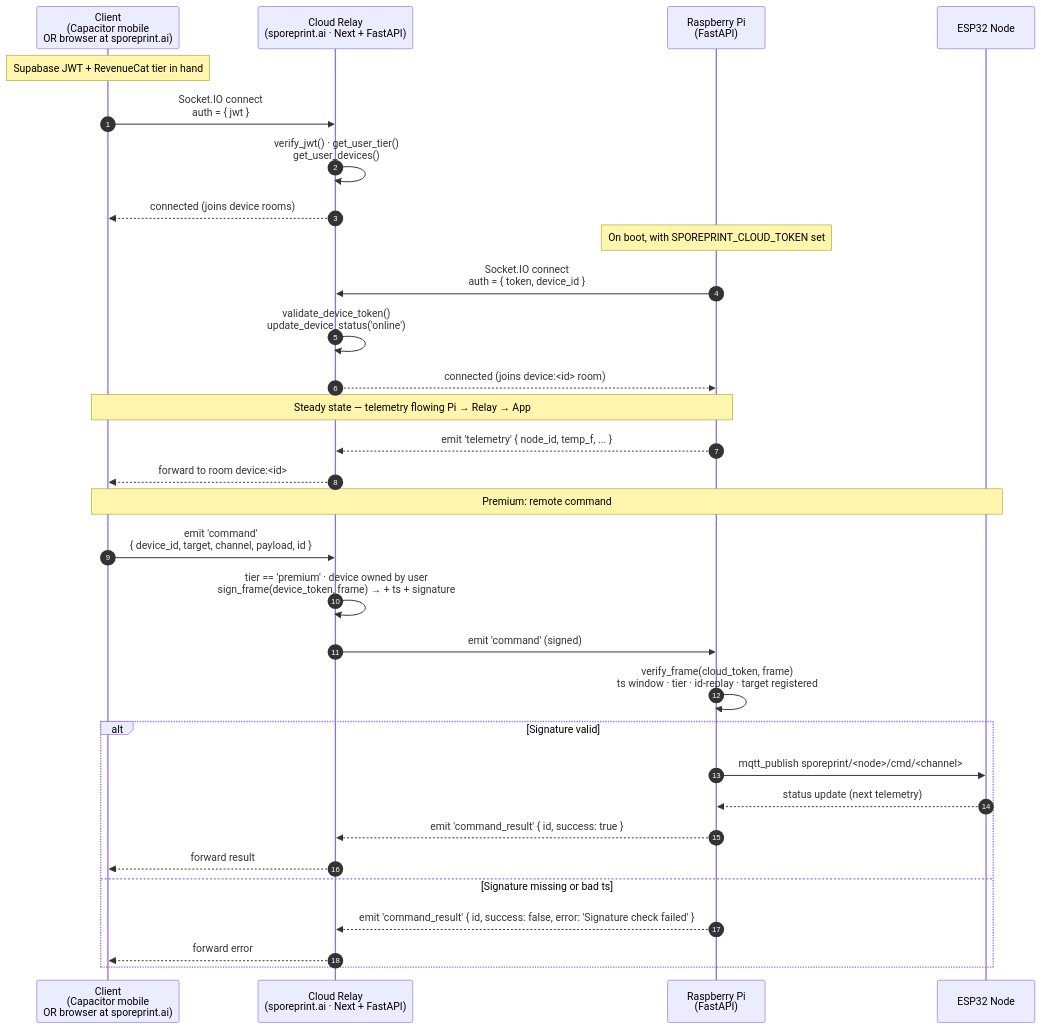
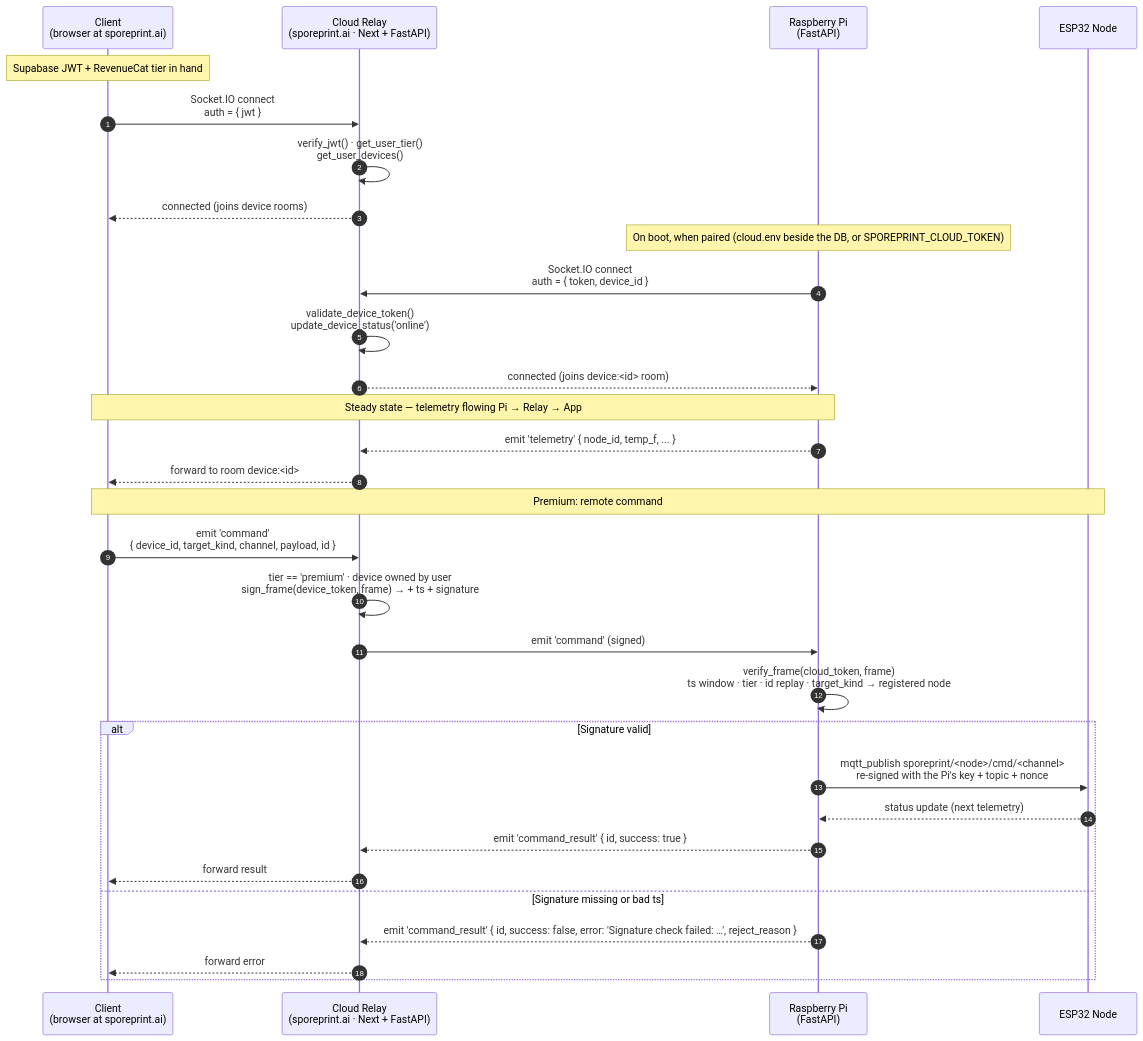
The diagram in docs/cloud-relay-flow.md (59psi/SporePrint), drawn with Mermaid before and after one commit. The commit also changed other lines of this file and 394 other files, not shown here.

````diff
--- a/docs/cloud-relay-flow.md
+++ b/docs/cloud-relay-flow.md
@@ -9,38 +9,38 @@
 ```mermaid
 sequenceDiagram
     autonumber
-    participant App as Client<br/>(Capacitor mobile<br/>OR browser at sporeprint.ai)
+    participant App as Client<br/>(browser at sporeprint.ai)
     participant Relay as Cloud Relay<br/>(sporeprint.ai · Next + FastAPI)
     participant Pi as Raspberry Pi<br/>(FastAPI)
     participant ESP as ESP32 Node
 
     Note over App: Supabase JWT + RevenueCat tier in hand
     App->>Relay: Socket.IO connect<br/>auth = { jwt }
     Relay->>Relay: verify_jwt() · get_user_tier()<br/>get_user_devices()
     Relay-->>App: connected (joins device rooms)
 
-    Note over Pi: On boot, with SPOREPRINT_CLOUD_TOKEN set
+    Note over Pi: On boot, when paired (cloud.env beside the DB, or SPOREPRINT_CLOUD_TOKEN)
     Pi->>Relay: Socket.IO connect<br/>auth = { token, device_id }
     Relay->>Relay: validate_device_token()<br/>update_device_status('online')
     Relay-->>Pi: connected (joins device:<id> room)
 
     Note over App,Pi: Steady state — telemetry flowing Pi → Relay → App
     Pi-->>Relay: emit 'telemetry' { node_id, temp_f, ... }
     Relay-->>App: forward to room device:<id>
 
     Note over App,ESP: Premium: remote command
-    App->>Relay: emit 'command'<br/>{ device_id, target, channel, payload, id }
+    App->>Relay: emit 'command'<br/>{ device_id, target_kind, channel, payload, id }
     Relay->>Relay: tier == 'premium' · device owned by user<br/>sign_frame(device_token, frame) → + ts + signature
     Relay->>Pi: emit 'command' (signed)
 
-    Pi->>Pi: verify_frame(cloud_token, frame)<br/>ts window · tier · id-replay · target registered
+    Pi->>Pi: verify_frame(cloud_token, frame)<br/>ts window · tier · id replay · target_kind → registered node
     alt Signature valid
-        Pi->>ESP: mqtt_publish sporeprint/<node>/cmd/<channel>
+        Pi->>ESP: mqtt_publish sporeprint/<node>/cmd/<channel><br/>re-signed with the Pi's key + topic + nonce
         ESP-->>Pi: status update (next telemetry)
         Pi-->>Relay: emit 'command_result' { id, success: true }
         Relay-->>App: forward result
     else Signature missing or bad ts
-        Pi-->>Relay: emit 'command_result' { id, success: false, error: 'Signature check failed' }
+        Pi-->>Relay: emit 'command_result' { id, success: false, error: 'Signature check failed: …', reject_reason }
         Relay-->>App: forward error
     end
 ```
````
